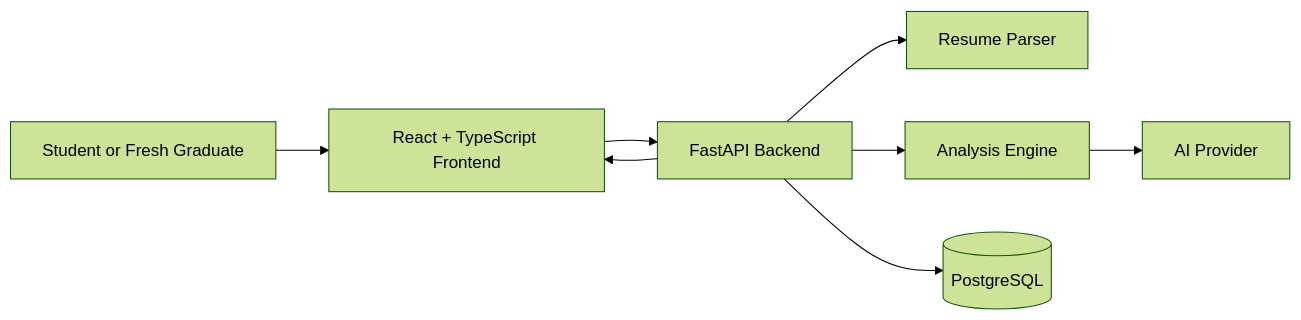
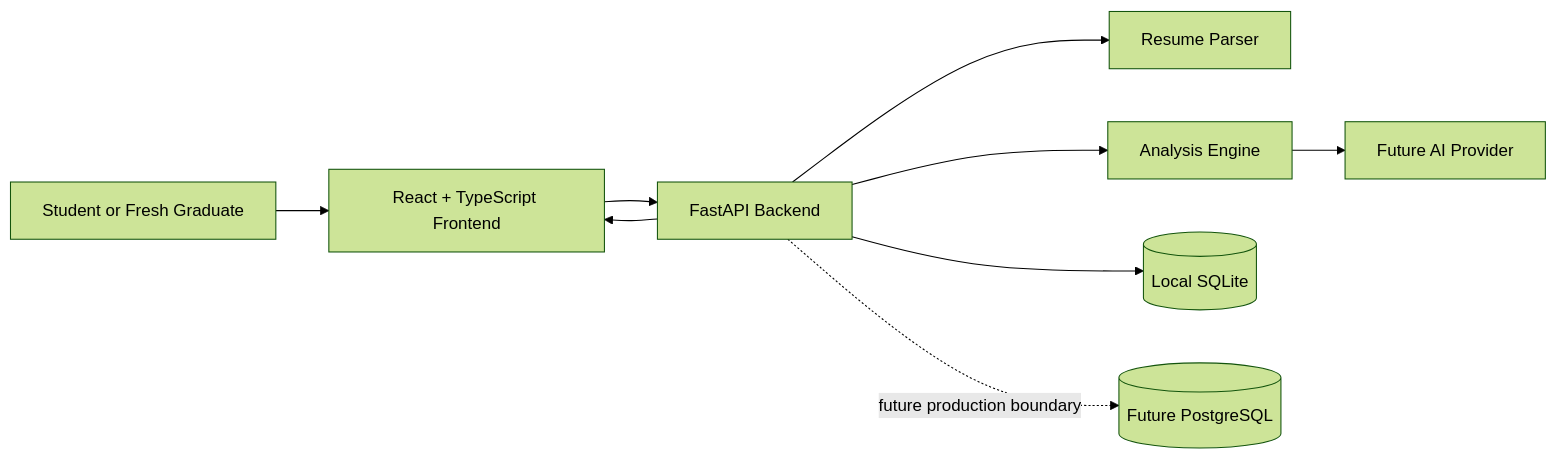
Before and after one commit to Justindwinata/CareerBoostAI: the diagram in README.md, drawn with Mermaid (forest theme). The commit also changed other lines of this file and 7 other files, not shown here.

````diff
--- a/README.md
+++ b/README.md
@@ -60,18 +61,20 @@
 ```mermaid
 flowchart LR
   User[Student or Fresh Graduate]
   Frontend[React + TypeScript Frontend]
   Backend[FastAPI Backend]
   Parser[Resume Parser]
   Analysis[Analysis Engine]
-  AI[AI Provider]
-  DB[(PostgreSQL)]
+  AI[Future AI Provider]
+  DB[(Local SQLite)]
+  FutureDB[(Future PostgreSQL)]
 
   User --> Frontend
   Frontend --> Backend
   Backend --> Parser
   Backend --> Analysis
   Analysis --> AI
   Backend --> DB
+  Backend -. future production boundary .-> FutureDB
   Backend --> Frontend
 ```
````
